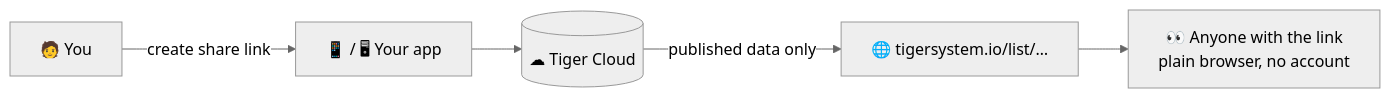
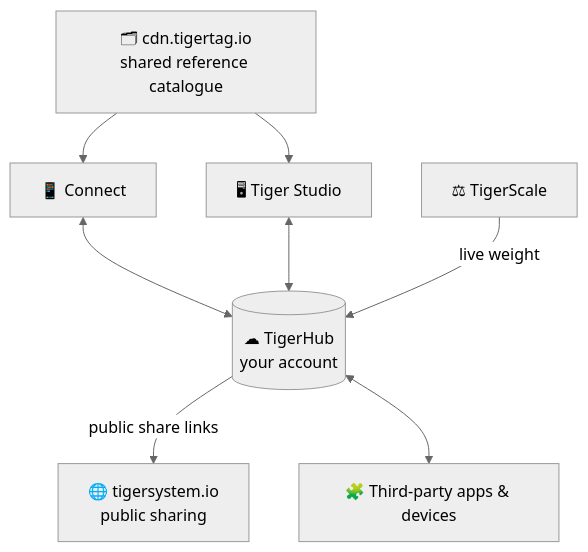
Before and after one commit to TigerTag-Project/TigerSystem-Docs: the diagram in docs/products/tigerhub.md, drawn with Mermaid (neutral theme). The commit also changed other lines of this file and 23 other files, not shown here.

Commit message:
Fix terminology: the Firebase account backbone is TigerHub (drop the invented 'Tiger Cloud' name, merge the two product pages)

````diff
--- a/docs/products/tigerhub.md
+++ b/docs/products/tigerhub.md
@@ -13,7 +13,9 @@
 ```mermaid
-flowchart LR
-    YOU["🧑 You"] -- "create share link" --> APP["📱 / 🖥 Your app"]
-    APP --> CLOUD[("☁ Tiger Cloud")]
-    CLOUD -- "published data only" --> HUB["🌐 tigersystem.io/list/…"]
-    HUB --> VIS["👀 Anyone with the link<br/>plain browser, no account"]
+flowchart TB
+    CO["📱 Connect"] <--> HUB[("☁ TigerHub<br/>your account")]
+    ST["🖥 Tiger Studio"] <--> HUB
+    SCALE["⚖ TigerScale"] -- "live weight" --> HUB
+    HUB -- "public share links" --> WEB["🌐 tigersystem.io<br/>public sharing"]
+    HUB <--> THIRD["🧩 Third-party apps & devices"]
+    CDN["🗂 cdn.tigertag.io<br/>shared reference catalogue"] --> CO & ST
 ```
````
